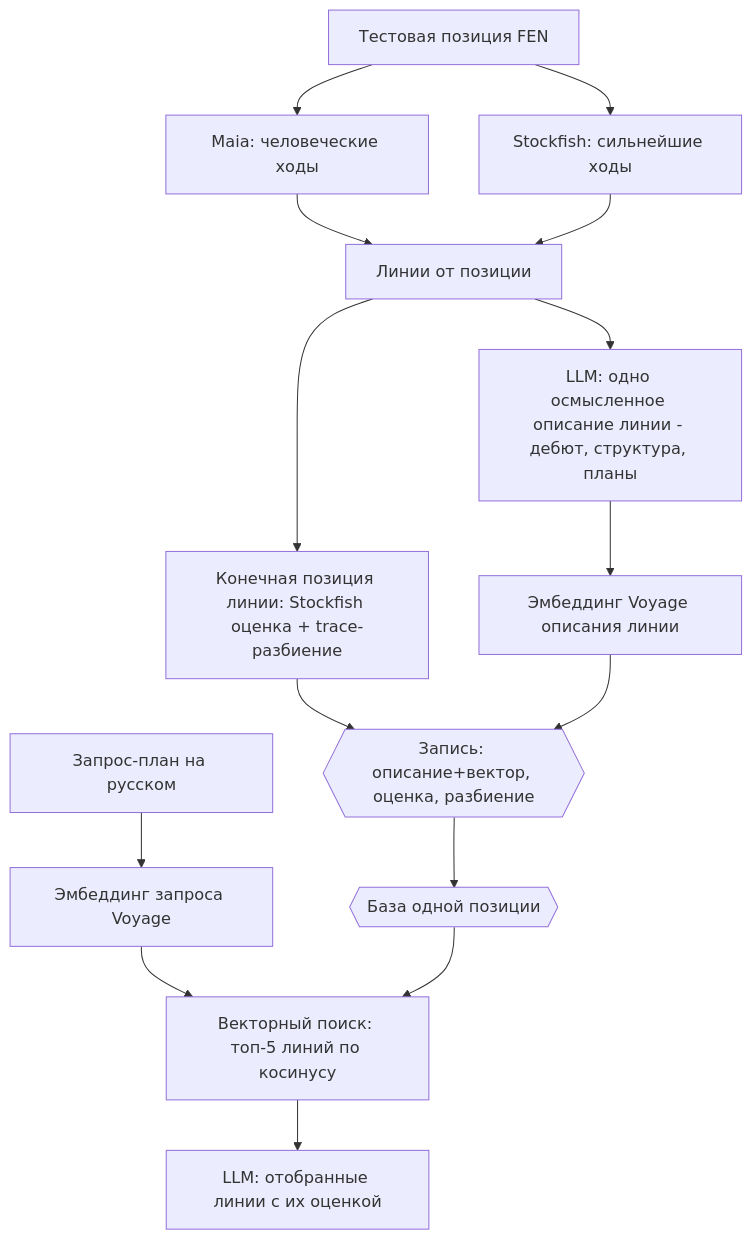
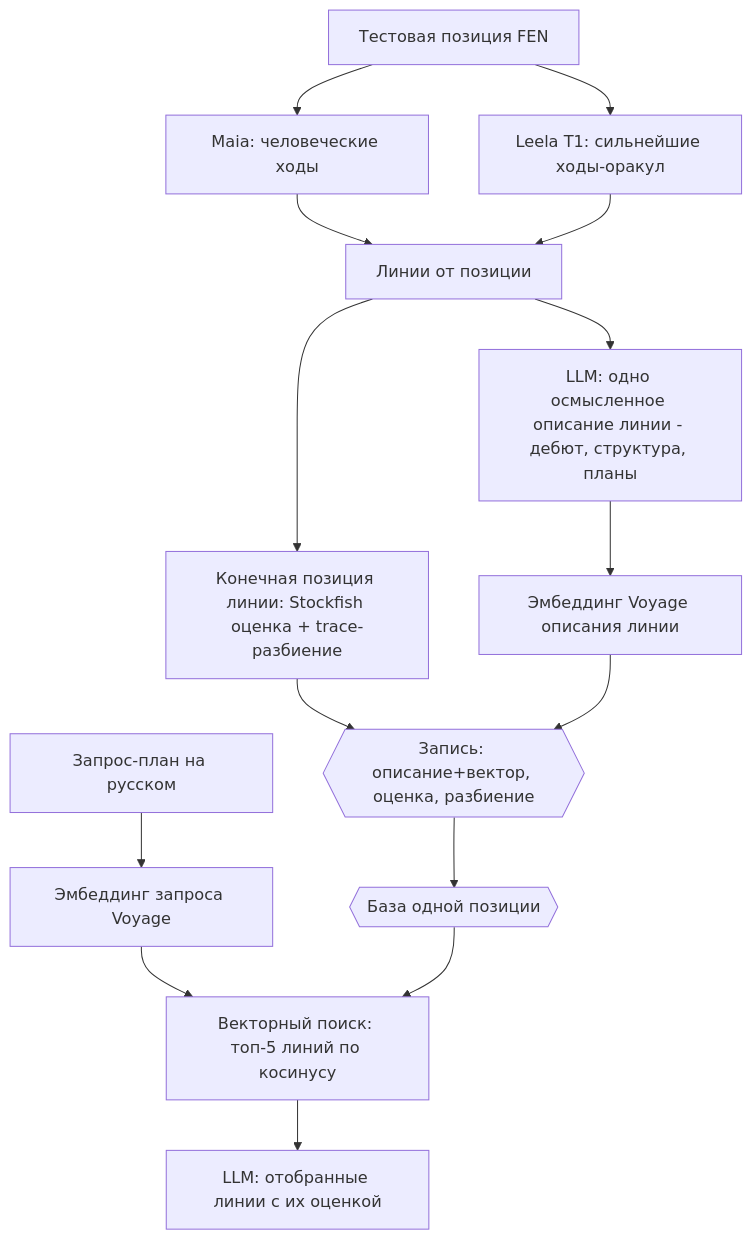
One commit to StasPiv/kingside changed the diagram in docs/adr/170-plan-search-over-variation-tree-poc.md. Above: the diagram before and after it, drawn with Mermaid. The commit also changed other lines of this file, not shown here.

First line of the commit message:
ADR-170 рев.6: ходы дерева ведёт только Lc0 (Maia policy + оракул сильной сети Leela T1), Stockfish только на листе

````diff
--- a/docs/adr/170-plan-search-over-variation-tree-poc.md
+++ b/docs/adr/170-plan-search-over-variation-tree-poc.md
@@ -62,17 +63,17 @@
 ```mermaid
 flowchart TD
   A[Тестовая позиция FEN] --> B[Maia: человеческие ходы]
-  A --> C[Stockfish: сильнейшие ходы]
+  A --> C[Leela T1: сильнейшие ходы-оракул]
   B --> D[Линии от позиции]
   C --> D
   D --> E[Конечная позиция линии: Stockfish оценка + trace-разбиение]
   D --> F[LLM: одно осмысленное описание линии - дебют, структура, планы]
   F --> G[Эмбеддинг Voyage описания линии]
   E --> H{{Запись: описание+вектор, оценка, разбиение}}
   G --> H
   H --> S{{База одной позиции}}
   I[Запрос-план на русском] --> J[Эмбеддинг запроса Voyage]
   J --> K[Векторный поиск: топ-5 линий по косинусу]
   S --> K
   K --> M[LLM: отобранные линии с их оценкой]
 ```
````
